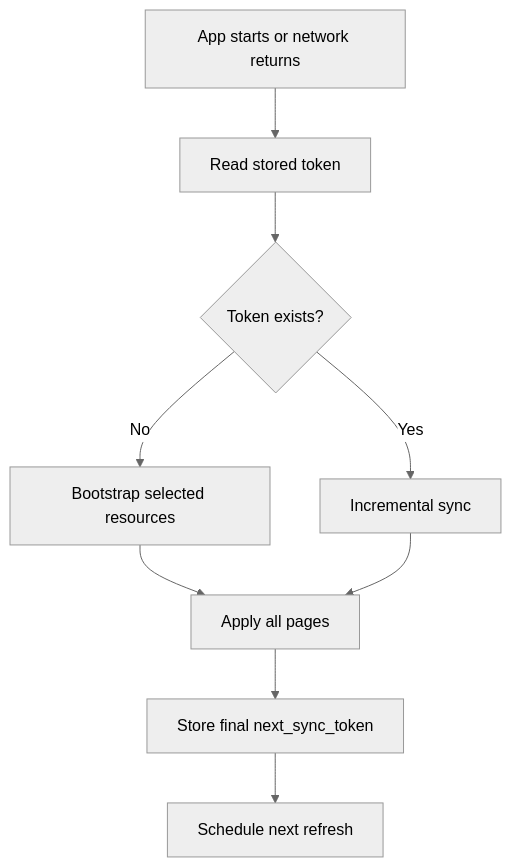
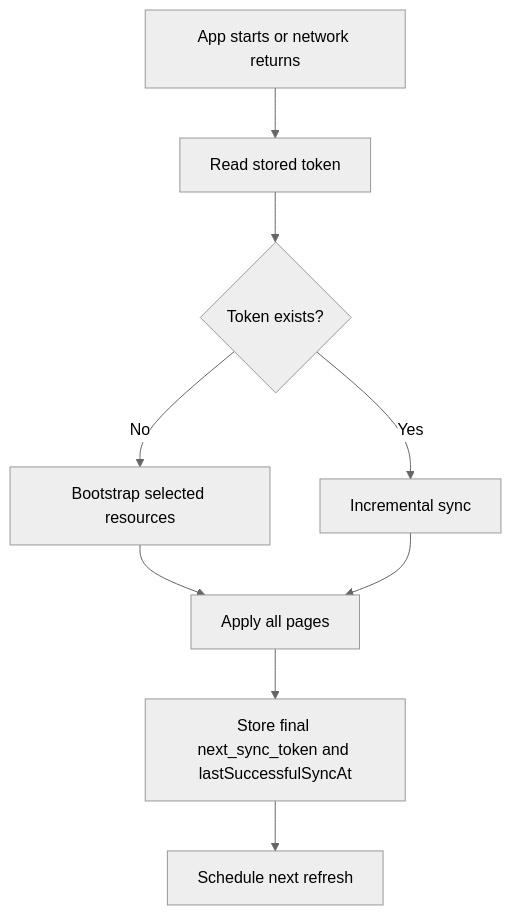
The second of 3 diagrams in docs/tutorials/content-sync/offline-cache-patterns.mdx (quran/qf-api-docs), drawn with Mermaid (neutral theme) before and after one commit. The commit also changed other lines of this file and 6 other files, not shown here.

````diff
--- a/docs/tutorials/content-sync/offline-cache-patterns.mdx
+++ b/docs/tutorials/content-sync/offline-cache-patterns.mdx
@@ -68,11 +68,11 @@
 ```mermaid
 flowchart TD
     A["App starts or network returns"] --> B["Read stored token"]
     B --> C{"Token exists?"}
     C -->|"No"| D["Bootstrap selected resources"]
     C -->|"Yes"| E["Incremental sync"]
     D --> F["Apply all pages"]
     E --> F
-    F --> G["Store final next_sync_token"]
+    F --> G["Store final next_sync_token and lastSuccessfulSyncAt"]
     G --> H["Schedule next refresh"]
 ```
````
